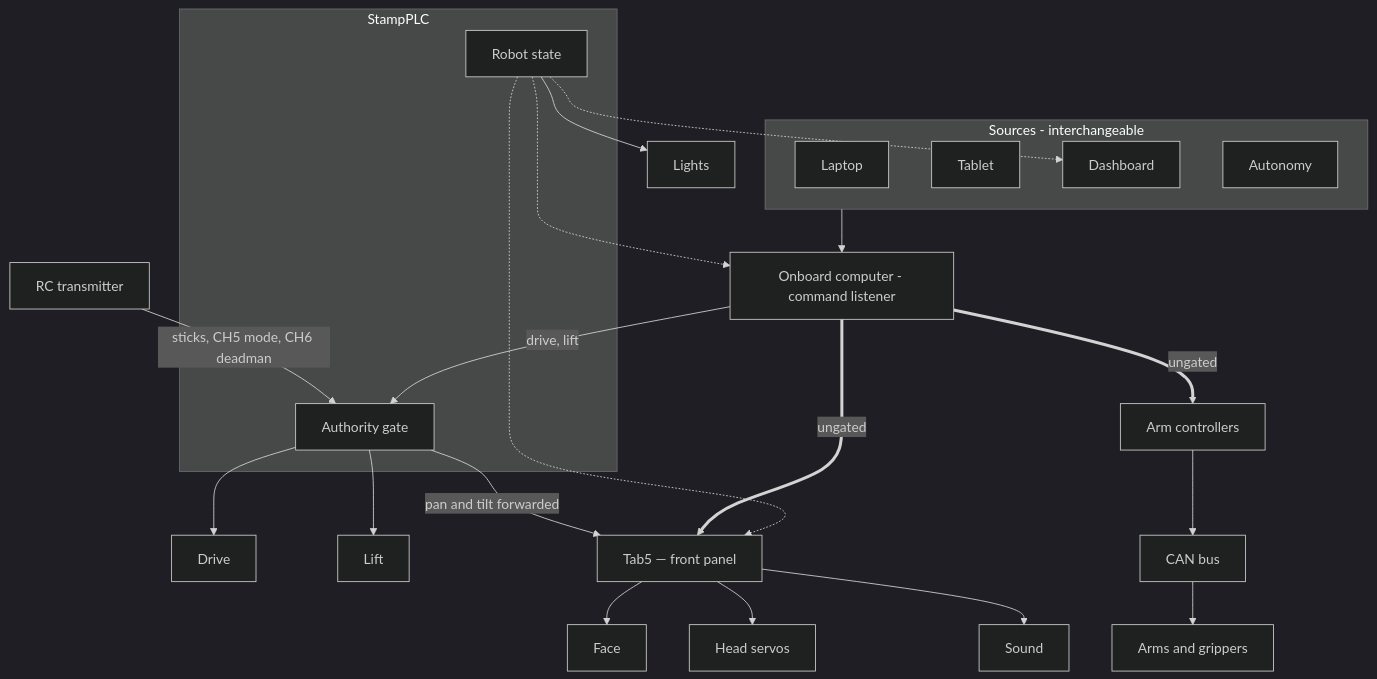
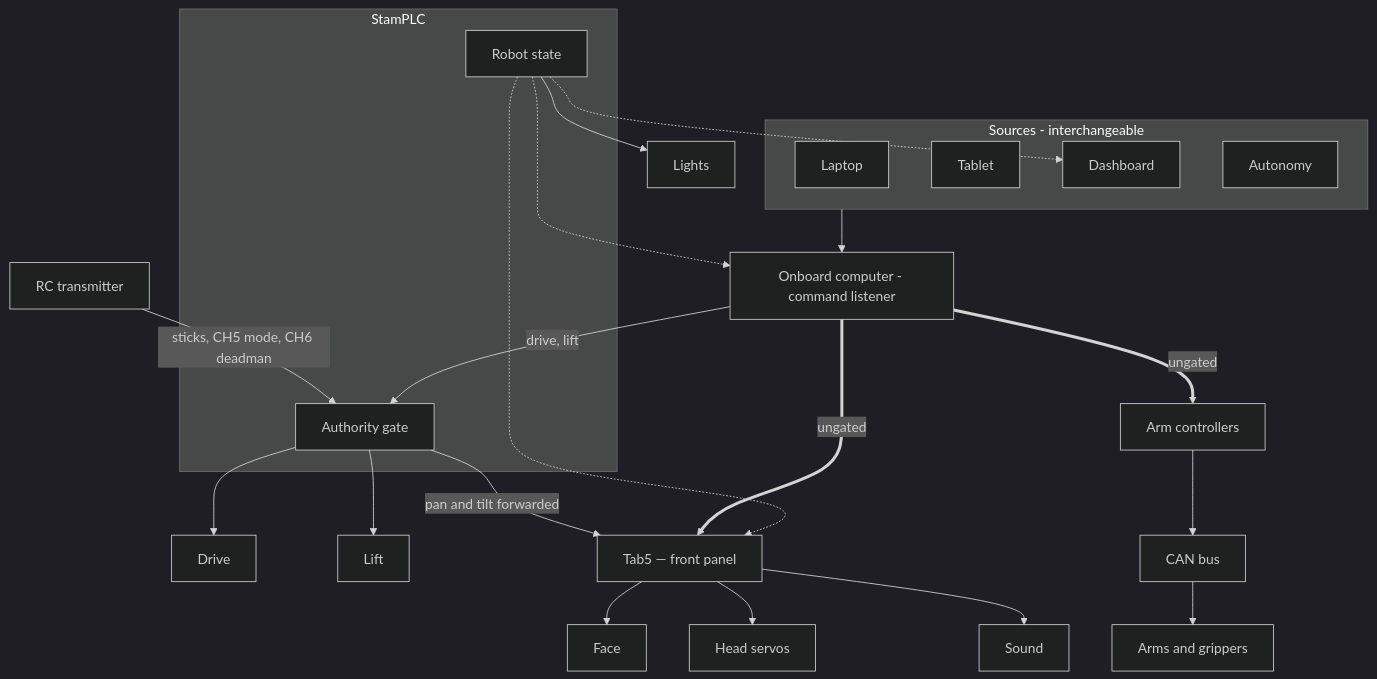
One commit to UW-Allen-School-Robotics/opendubs changed the diagram in docs/interfaces/command-telemetry.md. Above: the diagram before and after it, drawn with Mermaid (dark theme). The commit also changed other lines of this file and 76 other files, not shown here.

````diff
--- a/docs/interfaces/command-telemetry.md
+++ b/docs/interfaces/command-telemetry.md
@@ -16,37 +16,37 @@
 ```mermaid
 flowchart TB
   subgraph SRC["Sources - interchangeable"]
     L["Laptop"]
     TB["Tablet"]
     DB["Dashboard"]
     AG["Autonomy"]
   end
 
   SRC --> THOR["Onboard computer - command listener"]
 
   RC["RC transmitter"] -->|"sticks, CH5 mode, CH6 deadman"| AUTH
 
-  subgraph PLC["StampPLC"]
+  subgraph PLC["StamPLC"]
     AUTH["Authority gate"]
     ST["Robot state"]
   end
 
   THOR -->|"drive, lift"| AUTH
   AUTH --> DRIVE["Drive"]
   AUTH --> LIFT["Lift"]
   AUTH -->|"pan and tilt forwarded"| TAB5
   ST --> LIGHT["Lights"]
 
   THOR ==>|"ungated"| TAB5["Tab5 — front panel"]
   THOR ==>|"ungated"| ARMCTL["Arm controllers"]
   ARMCTL --> CAN["CAN bus"]
   CAN --> ARMS["Arms and grippers"]
 
   TAB5 --> FACE["Face"]
   TAB5 --> HEAD["Head servos"]
   TAB5 --> SOUND["Sound"]
 
   ST -.-> TAB5
   ST -.-> THOR
   ST -.-> DB
 ```
````
